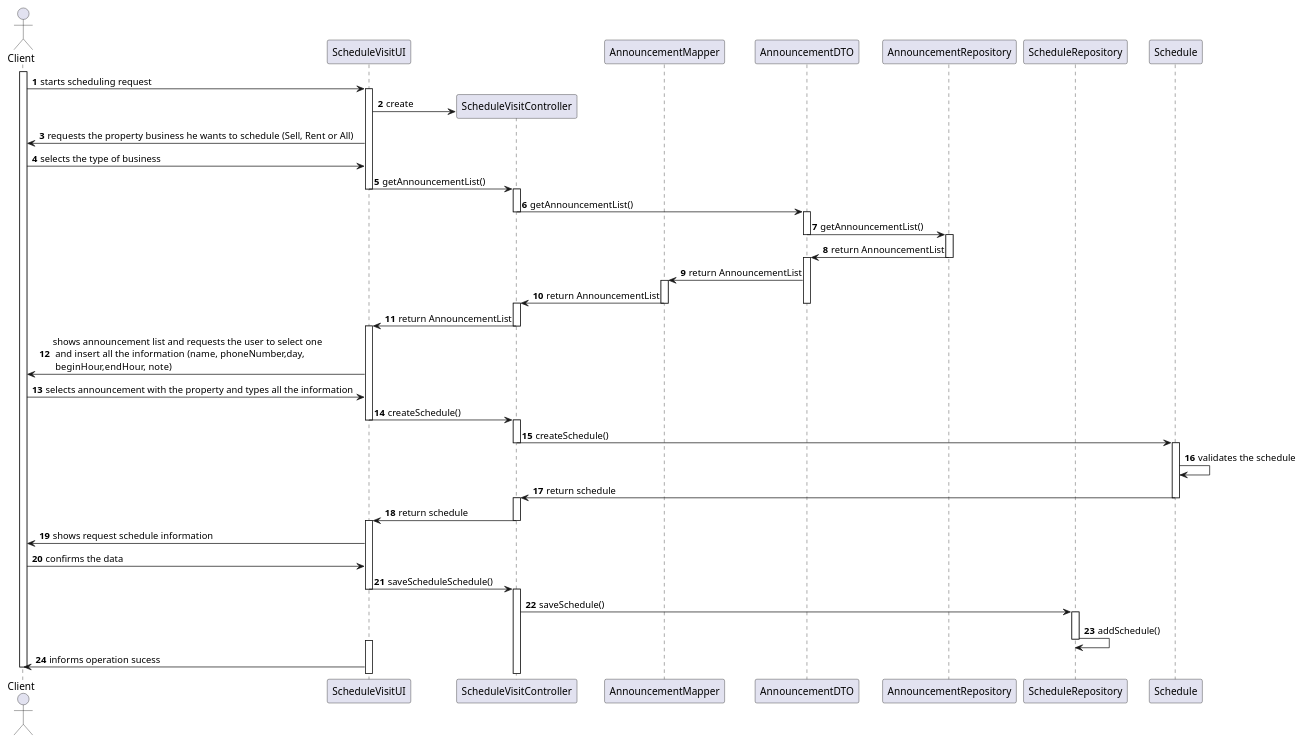
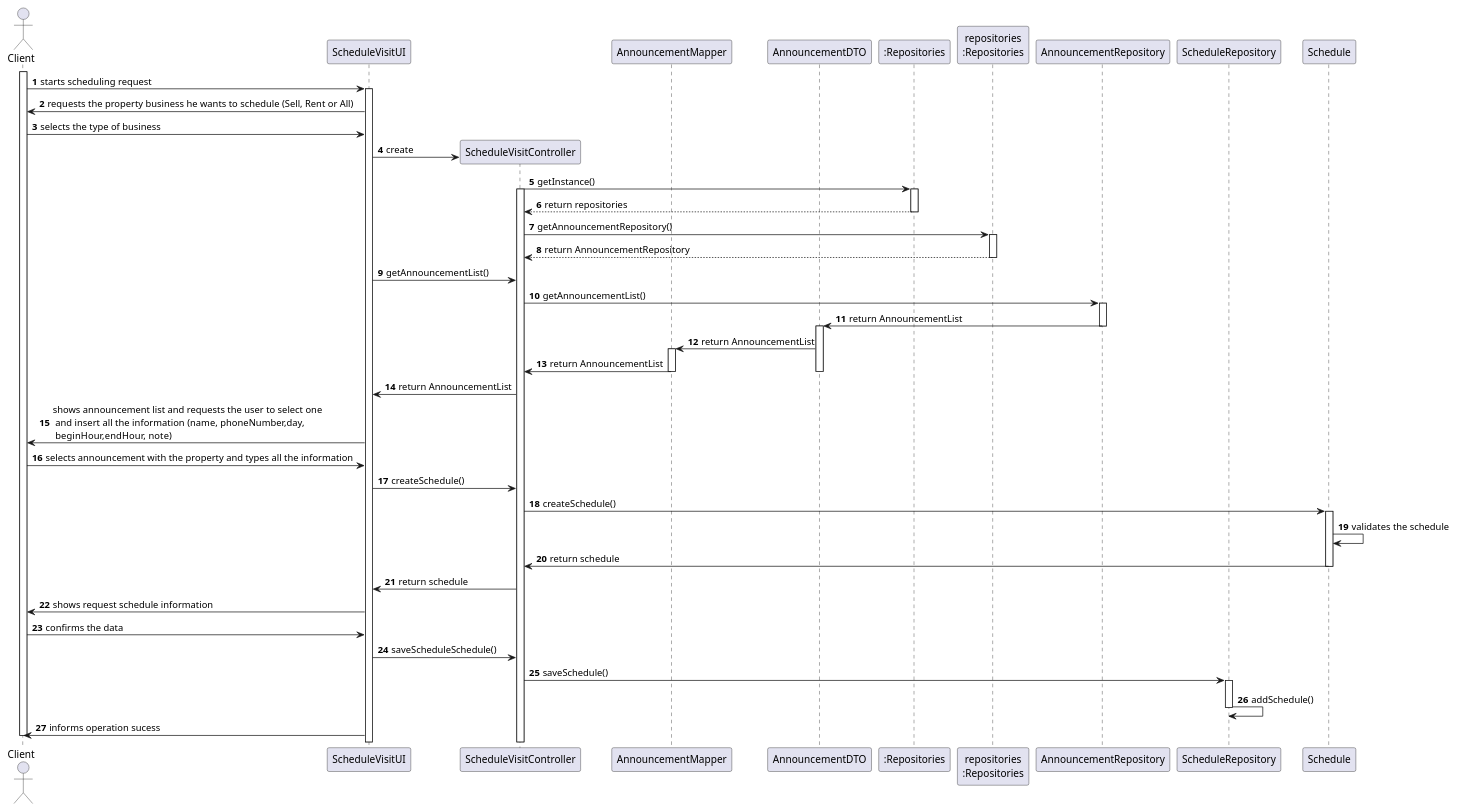
Before and after one commit to tiagohcorreia/LAPR2: the diagram in docs/sprintD/US009/03.design/puml/SD.puml, drawn with PlantUML. The commit also changed 4 other files, not shown here.

```diff
--- a/docs/sprintD/US009/03.design/puml/SD.puml
+++ b/docs/sprintD/US009/03.design/puml/SD.puml
@@ -1,121 +1,110 @@
 @startuml
 
 autonumber
 
 actor Client as client
 participant ScheduleVisitUI as ui
 participant ScheduleVisitController as ctrl
 participant AnnouncementMapper as mapper
 participant AnnouncementDTO
+participant ":Repositories" as RepositorySingleton
+participant "repositories\n:Repositories" as rep
 participant AnnouncementRepository
 participant ScheduleRepository
 participant Schedule as schedule
 
 autonumber
 
 activate client
 
 client -> ui: starts scheduling request
 
 activate ui
 
-ui -> ctrl** : create
+
 
 ui-> client: requests the property business he wants to schedule (Sell, Rent or All)
 client->ui: selects the type of business
 
+ui -> ctrl** : create
+ctrl -> RepositorySingleton: getInstance()
+activate ctrl
+activate RepositorySingleton
+RepositorySingleton --> ctrl: return repositories
+deactivate RepositorySingleton
+
+ctrl-> rep: getAnnouncementRepository()
+activate rep
+rep-->ctrl: return AnnouncementRepository
+deactivate rep
+
+
 ui -> ctrl: getAnnouncementList()
 
-deactivate ui
-
-activate ctrl
-
-ctrl -> AnnouncementDTO: getAnnouncementList()
-
-deactivate ctrl
-
-activate AnnouncementDTO
-
-AnnouncementDTO -> AnnouncementRepository: getAnnouncementList()
-
-deactivate AnnouncementDTO
+ctrl -> AnnouncementRepository: getAnnouncementList()
 
 activate AnnouncementRepository
+
 
 AnnouncementRepository -> AnnouncementDTO: return AnnouncementList
 
 deactivate AnnouncementRepository
 
 activate AnnouncementDTO
 
 AnnouncementDTO -> mapper:  return AnnouncementList
 activate mapper
 mapper -> ctrl: return AnnouncementList
 deactivate mapper
 
 deactivate AnnouncementDTO
 
-activate ctrl
+
 
 ctrl -> ui: return AnnouncementList
 
-deactivate ctrl
-
-activate ui
 
 ui -> client: shows announcement list and requests the user to select one\n and insert all the information (name, phoneNumber,day,\n beginHour,endHour, note)
 
 client -> ui: selects announcement with the property and types all the information
 
 ui -> ctrl: createSchedule()
 
-deactivate ui
 
-activate ctrl
 
 ctrl -> schedule: createSchedule()
 
-deactivate ctrl
 
 activate schedule
 
 schedule -> schedule: validates the schedule
 
 schedule -> ctrl: return schedule
 
 deactivate schedule
 
-activate ctrl
 
 ctrl -> ui: return schedule
 
-deactivate ctrl
-
-activate ui
 
 ui -> client: shows request schedule information
 
 client -> ui: confirms the data
 
 ui -> ctrl: saveScheduleSchedule()
-
-deactivate ui
-
-activate ctrl
 
 ctrl -> ScheduleRepository: saveSchedule()
 activate ScheduleRepository
 
 ScheduleRepository-> ScheduleRepository: addSchedule()
 
 deactivate ScheduleRepository
 
 
-activate ui
 
 ui -> client: informs operation sucess
 
 
 deactivate client
 
 @enduml
```
